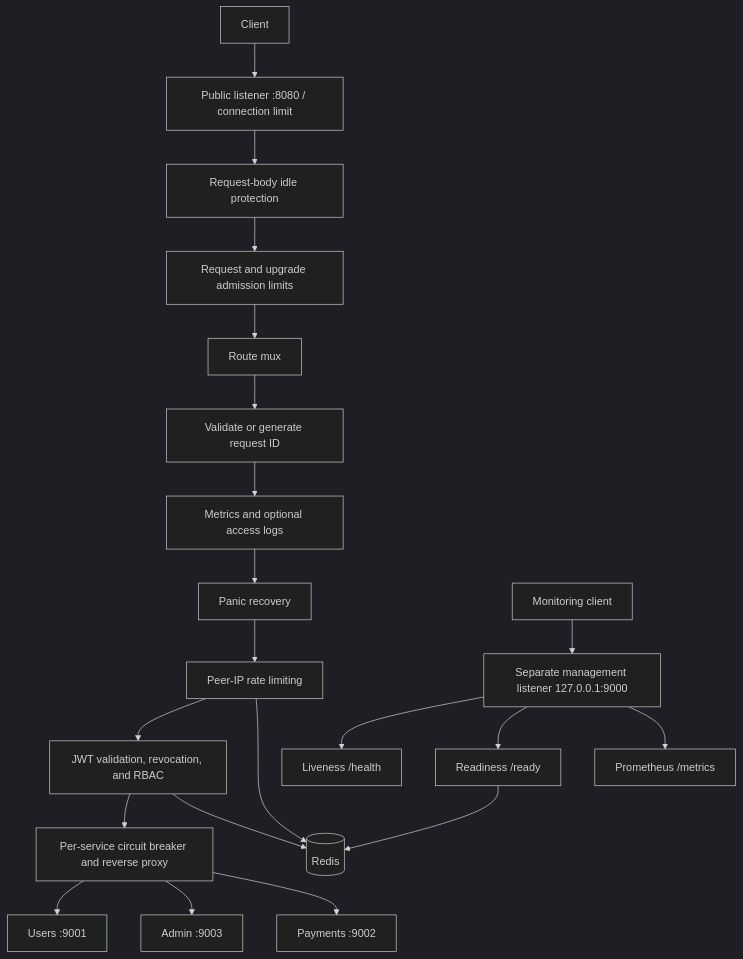
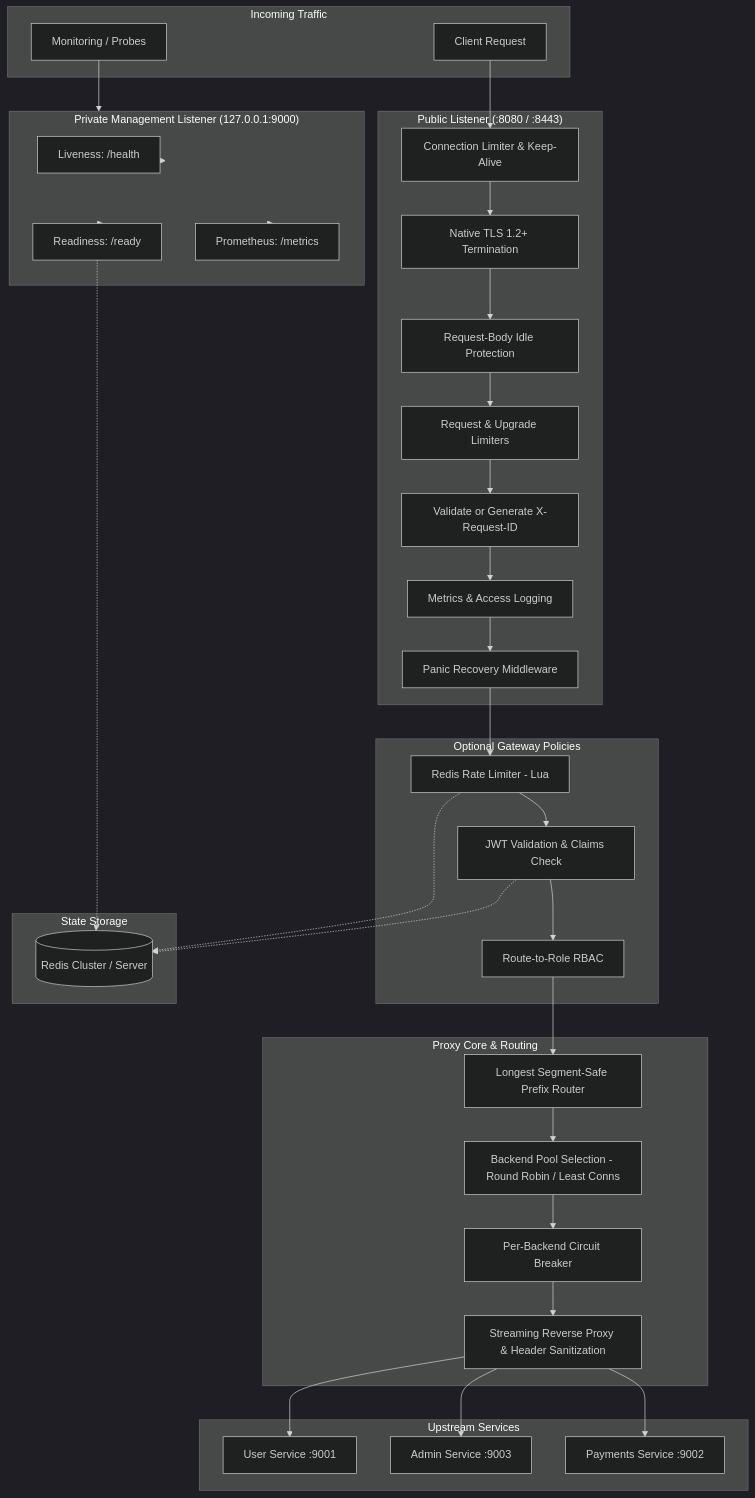
The diagram in README.md (whilstsomebody/SecureGate), drawn with Mermaid (dark theme) before and after one commit. The commit also changed other lines of this file, not shown here.

````diff
--- a/README.md
+++ b/README.md
@@ -37,23 +213,72 @@
 ```mermaid
 flowchart TD
-    Client[Client] --> Listener[Public listener :8080 / connection limit]
-    Listener --> Body[Request-body idle protection]
-    Body --> Admission[Request and upgrade admission limits]
-    Admission --> Router[Route mux]
-    Router --> ID[Validate or generate request ID]
-    ID --> Metrics[Metrics and optional access logs]
-    Metrics --> Recovery[Panic recovery]
-    Recovery --> Rate[Peer-IP rate limiting]
-    Rate --> Auth[JWT validation, revocation, and RBAC]
-    Auth --> Proxy[Per-service circuit breaker and reverse proxy]
-    Proxy --> Users[Users :9001]
-    Proxy --> Admin[Admin :9003]
-    Proxy --> Payments[Payments :9002]
-    Rate --> Redis[(Redis)]
-    Auth --> Redis
-    Monitor[Monitoring client] --> Management[Separate management listener 127.0.0.1:9000]
-    Management --> Health[Liveness /health]
-    Management --> Ready[Readiness /ready]
-    Management --> Scrape[Prometheus /metrics]
-    Ready --> Redis
+    subgraph Clients["Incoming Traffic"]
+        Client[Client Request]
+        Monitor[Monitoring / Probes]
+    end
+
+    subgraph Edge["Public Listener (:8080 / :8443)"]
+        Listener[Connection Limiter & Keep-Alive]
+        TLS[Native TLS 1.2+ Termination]
+        BodyProt[Request-Body Idle Protection]
+        Admission[Request & Upgrade Limiters]
+        ReqID[Validate or Generate X-Request-ID]
+        MetricsMid[Metrics & Access Logging]
+        Recovery[Panic Recovery Middleware]
+    end
+
+    subgraph Policies["Optional Gateway Policies"]
+        RateLimiter[Redis Rate Limiter - Lua]
+        AuthMid[JWT Validation & Claims Check]
+        RBACMid[Route-to-Role RBAC]
+    end
+
+    subgraph Core["Proxy Core & Routing"]
+        Mux[Longest Segment-Safe Prefix Router]
+        Pool[Backend Pool Selection - Round Robin / Least Conns]
+        Breaker[Per-Backend Circuit Breaker]
+        Forwarder[Streaming Reverse Proxy & Header Sanitization]
+    end
+
+    subgraph Upstreams["Upstream Services"]
+        Users[User Service :9001]
+        Admin[Admin Service :9003]
+        Payments[Payments Service :9002]
+    end
+
+    subgraph Storage["State Storage"]
+        Redis[(Redis Cluster / Server)]
+    end
+
+    subgraph Mgmt["Private Management Listener (127.0.0.1:9000)"]
+        HealthProbe["Liveness: /health"]
+        ReadyProbe["Readiness: /ready"]
+        PromScrape["Prometheus: /metrics"]
+    end
+
+    Client --> Listener
+    Listener --> TLS
+    TLS --> BodyProt
+    BodyProt --> Admission
+    Admission --> ReqID
+    ReqID --> MetricsMid
+    MetricsMid --> Recovery
+    Recovery --> RateLimiter
+    RateLimiter -.-> Redis
+    RateLimiter --> AuthMid
+    AuthMid -.-> Redis
+    AuthMid --> RBACMid
+    RBACMid --> Mux
+    Mux --> Pool
+    Pool --> Breaker
+    Breaker --> Forwarder
+    Forwarder --> Users
+    Forwarder --> Admin
+    Forwarder --> Payments
+
+    Monitor --> Mgmt
+    Mgmt --> HealthProbe
+    Mgmt --> ReadyProbe
+    Mgmt --> PromScrape
+    ReadyProbe -.-> Redis
 ```
````
